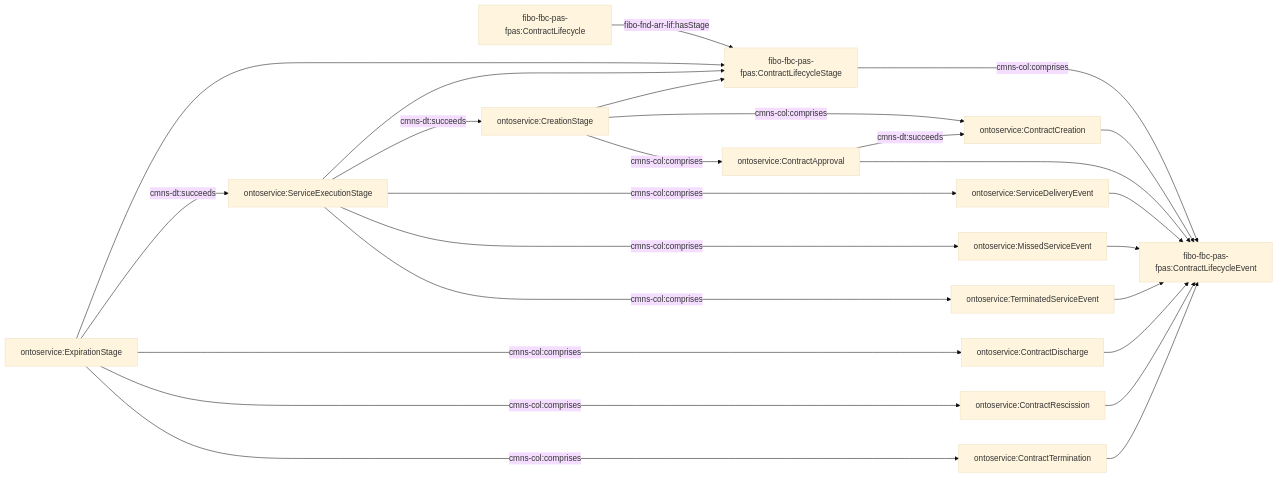
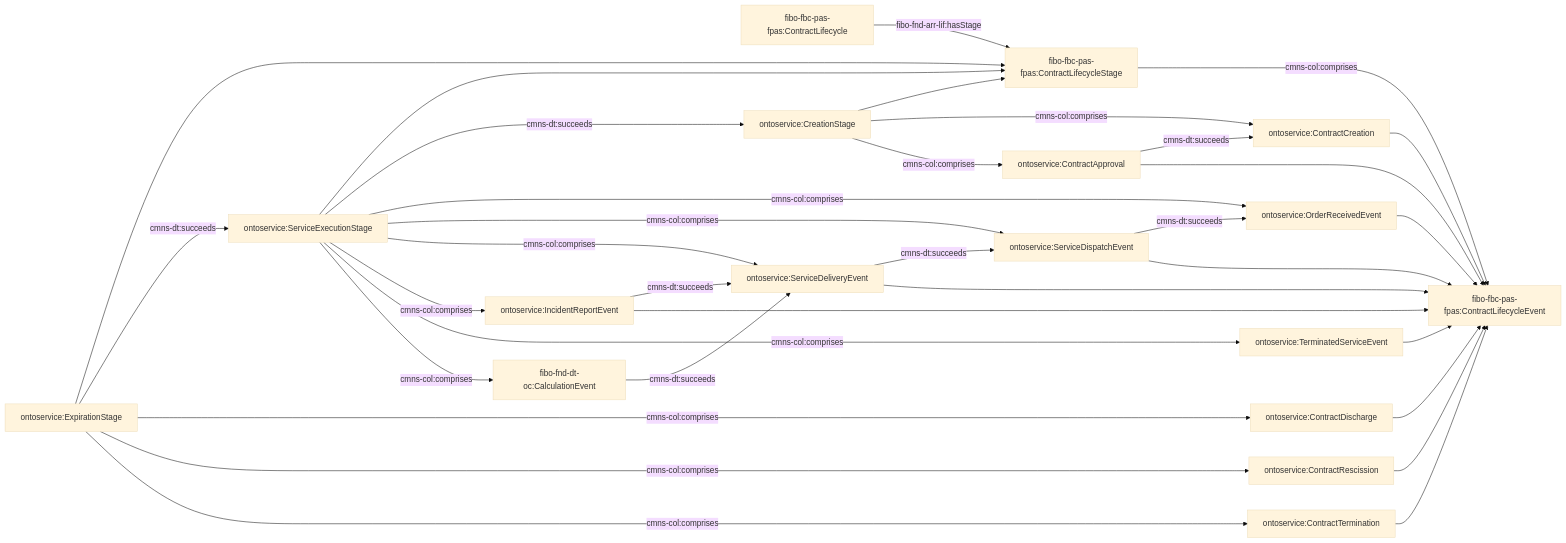
Before and after one commit to cambridge-cares/TheWorldAvatar: the sixth of 11 diagrams in JPS_Ontology/ontology/ontoservice/README.md, drawn with Mermaid (base theme). The commit also changed other lines of this file and 6 other files, not shown here.

Commit message:
dev-service-execution-ontology-extension: extended service execution stage with more granularity in events for initialisation, dispatch, and delivery

````diff
--- a/JPS_Ontology/ontology/ontoservice/README.md
+++ b/JPS_Ontology/ontology/ontoservice/README.md
@@ -201,37 +202,46 @@
 ```mermaid
 flowchart LR
     %% Styling
     classDef literal fill:none
     classDef node overflow-wrap:break-word,text-wrap:pretty
     linkStyle default overflow-wrap:break-word,text-wrap:pretty;
 
     %% Contents
     Lifecycle[fibo-fbc-pas-fpas:ContractLifecycle] -- fibo-fnd-arr-lif:hasStage --> Stage[fibo-fbc-pas-fpas:ContractLifecycleStage]
     Stage -- cmns-col:comprises --> Event[fibo-fbc-pas-fpas:ContractLifecycleEvent]
 
     CreationStage[ontoservice:CreationStage] --> Stage
     ServiceExecutionStage[ontoservice:ServiceExecutionStage] --> Stage
     ExpirationStage[ontoservice:ExpirationStage] --> Stage
     ServiceExecutionStage -- cmns-dt:succeeds --> CreationStage
     ExpirationStage -- cmns-dt:succeeds --> ServiceExecutionStage
 
     CreationStage -- cmns-col:comprises --> ContractCreation[ontoservice:ContractCreation]
     CreationStage -- cmns-col:comprises --> ContractApproval[ontoservice:ContractApproval]
     ContractApproval -- cmns-dt:succeeds --> ContractCreation
     ContractCreation --> Event
     ContractApproval --> Event
 
+    ServiceExecutionStage -- cmns-col:comprises --> OrderReceivedEvent[ontoservice:OrderReceivedEvent]
+    ServiceExecutionStage -- cmns-col:comprises --> ServiceDispatchEvent[ontoservice:ServiceDispatchEvent]
     ServiceExecutionStage -- cmns-col:comprises --> ServiceDeliveryEvent[ontoservice:ServiceDeliveryEvent]
-    ServiceExecutionStage -- cmns-col:comprises --> MissedServiceEvent[ontoservice:MissedServiceEvent]
+    ServiceExecutionStage -- cmns-col:comprises --> IncidentReportEvent[ontoservice:IncidentReportEvent]
     ServiceExecutionStage -- cmns-col:comprises --> TerminatedServiceEvent[ontoservice:TerminatedServiceEvent]
+    ServiceExecutionStage -- cmns-col:comprises --> CalculationEvent[fibo-fnd-dt-oc:CalculationEvent]
+    ServiceDispatchEvent -- cmns-dt:succeeds --> OrderReceivedEvent
+    ServiceDeliveryEvent -- cmns-dt:succeeds --> ServiceDispatchEvent
+    CalculationEvent -- cmns-dt:succeeds --> ServiceDeliveryEvent
+    IncidentReportEvent -- cmns-dt:succeeds --> ServiceDeliveryEvent
+    OrderReceivedEvent --> Event
+    ServiceDispatchEvent --> Event
     ServiceDeliveryEvent --> Event
-    MissedServiceEvent --> Event
+    IncidentReportEvent --> Event
     TerminatedServiceEvent --> Event
 
     ExpirationStage -- cmns-col:comprises --> ContractDischarge[ontoservice:ContractDischarge]
     ExpirationStage -- cmns-col:comprises --> ContractRescission[ontoservice:ContractRescission]
     ExpirationStage -- cmns-col:comprises --> ContractTermination[ontoservice:ContractTermination]
     ContractDischarge --> Event
     ContractRescission --> Event
     ContractTermination --> Event
 ```
````
